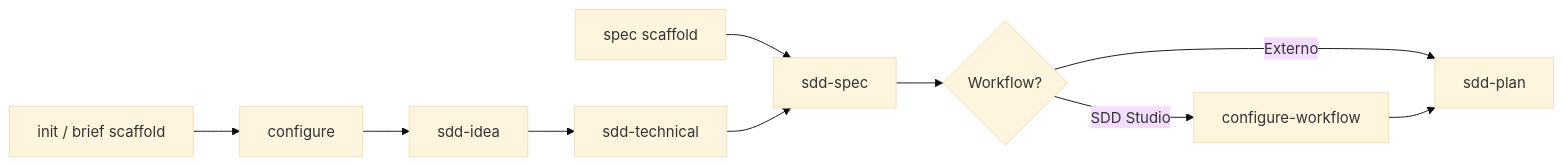
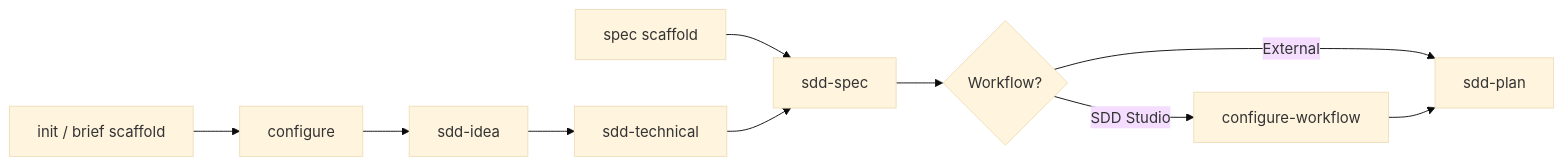
The first of 2 diagrams in docs/SKILLS.md (JaredAzcarate/sdd-studio), drawn with Mermaid (base theme) before and after one commit. The commit also changed other lines of this file and 9 other files, not shown here.

````diff
--- a/docs/SKILLS.md
+++ b/docs/SKILLS.md
@@ -211,12 +211,12 @@
 ```mermaid
 flowchart LR
   INIT[init / brief scaffold] --> CFG[configure]
   CFG --> IDEA[sdd-idea]
   IDEA --> TECH[sdd-technical]
   SCAFFOLD[spec scaffold] --> SPEC[sdd-spec]
   TECH --> SPEC
   SPEC --> WF{Workflow?}
   WF -->|SDD Studio| CW[configure-workflow]
-  WF -->|Externo| PLAN[sdd-plan]
+  WF -->|External| PLAN[sdd-plan]
   CW --> PLAN
 ```
````
